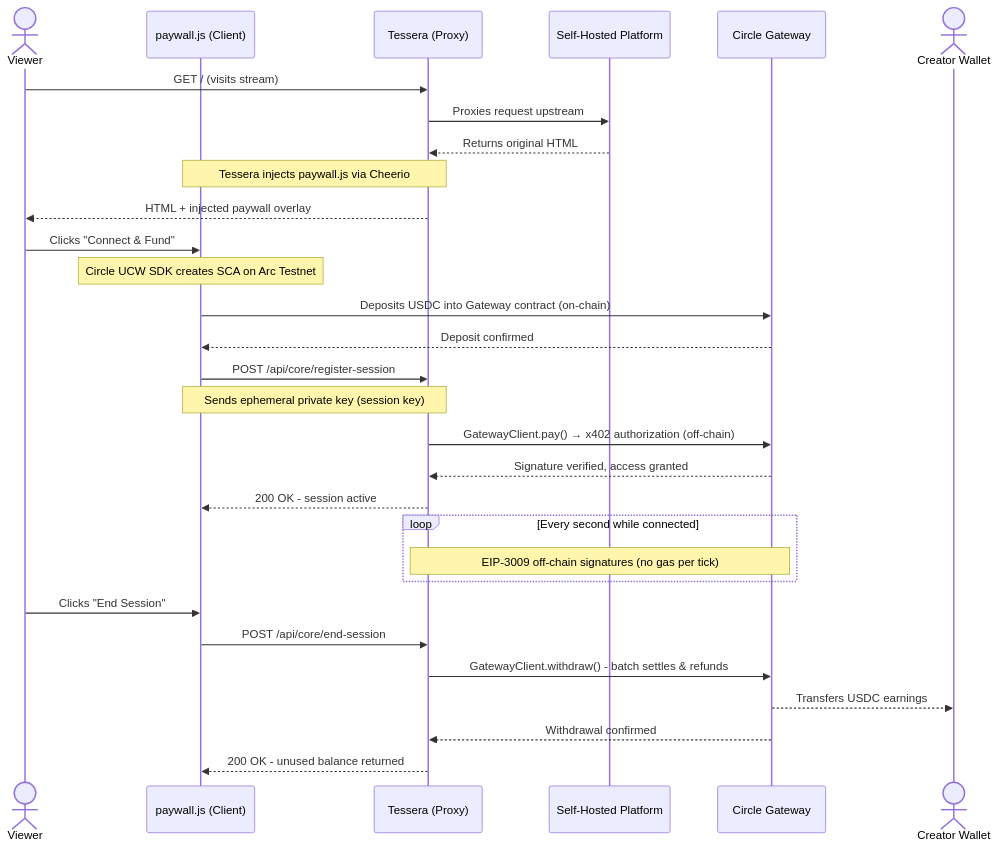
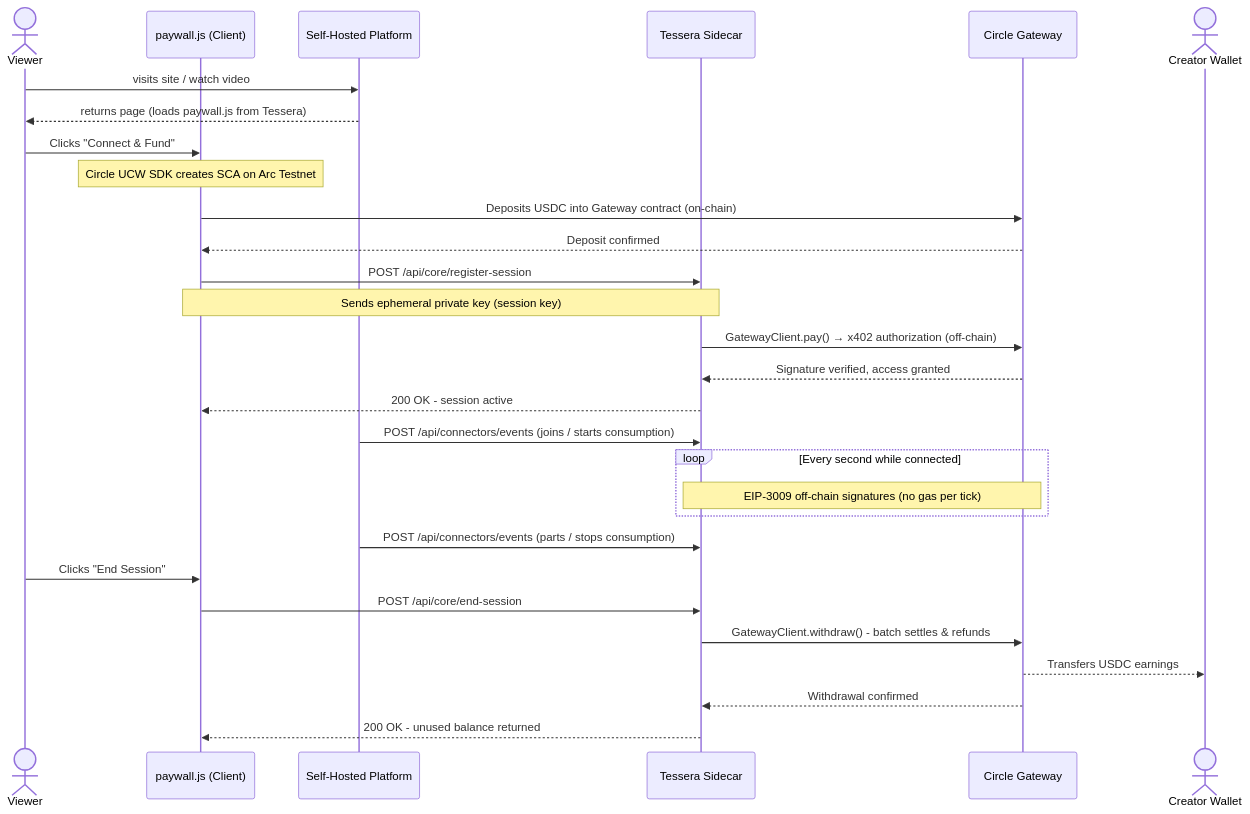
Before and after one commit to JaDi03/-Arc-Cashier: the second of 2 diagrams in docs/index.md, drawn with Mermaid. The commit also changed other lines of this file and 6 other files, not shown here.

Commit message:
docs: refine architecture and integration details

````diff
--- a/docs/index.md
+++ b/docs/index.md
@@ -86,42 +86,41 @@
 ```mermaid
 sequenceDiagram
     actor Viewer as Viewer
     participant Browser as paywall.js (Client)
-    participant Tessera as Tessera (Proxy)
     participant Platform as Self-Hosted Platform
+    participant Tessera as Tessera Sidecar
     participant Gateway as Circle Gateway
     actor Creator as Creator Wallet
 
-    %% 1. Initial Load & HTML Injection
-    Viewer->>Tessera: GET / (visits stream)
-    Tessera->>Platform: Proxies request upstream
-    Platform-->>Tessera: Returns original HTML
-    Note over Tessera,Browser: Tessera injects paywall.js via Cheerio
-    Tessera-->>Viewer: HTML + injected paywall overlay
+    %% 1. Initial Load & Integration
+    Viewer->>Platform: visits site / watch video
+    Platform-->>Viewer: returns page (loads paywall.js from Tessera)
 
     %% 2. Wallet setup & deposit
     Viewer->>Browser: Clicks "Connect & Fund"
     Note over Browser: Circle UCW SDK creates SCA on Arc Testnet
     Browser->>Gateway: Deposits USDC into Gateway contract (on-chain)
     Gateway-->>Browser: Deposit confirmed
 
     %% 3. Session registration
     Browser->>Tessera: POST /api/core/register-session
     Note over Browser,Tessera: Sends ephemeral private key (session key)
     Tessera->>Gateway: GatewayClient.pay() → x402 authorization (off-chain)
     Gateway-->>Tessera: Signature verified, access granted
     Tessera-->>Browser: 200 OK - session active
 
-    %% 4. Per-second billing (off-chain)
+    %% 4. Streaming & billing (off-chain)
+    Platform->>Tessera: POST /api/connectors/events (joins / starts consumption)
     loop Every second while connected
         Note over Tessera,Gateway: EIP-3009 off-chain signatures (no gas per tick)
     end
+    Platform->>Tessera: POST /api/connectors/events (parts / stops consumption)
 
     %% 5. End session & refund
     Viewer->>Browser: Clicks "End Session"
     Browser->>Tessera: POST /api/core/end-session
     Tessera->>Gateway: GatewayClient.withdraw() - batch settles & refunds
     Gateway-->>Creator: Transfers USDC earnings
     Gateway-->>Tessera: Withdrawal confirmed
     Tessera-->>Browser: 200 OK - unused balance returned
 ```
````
